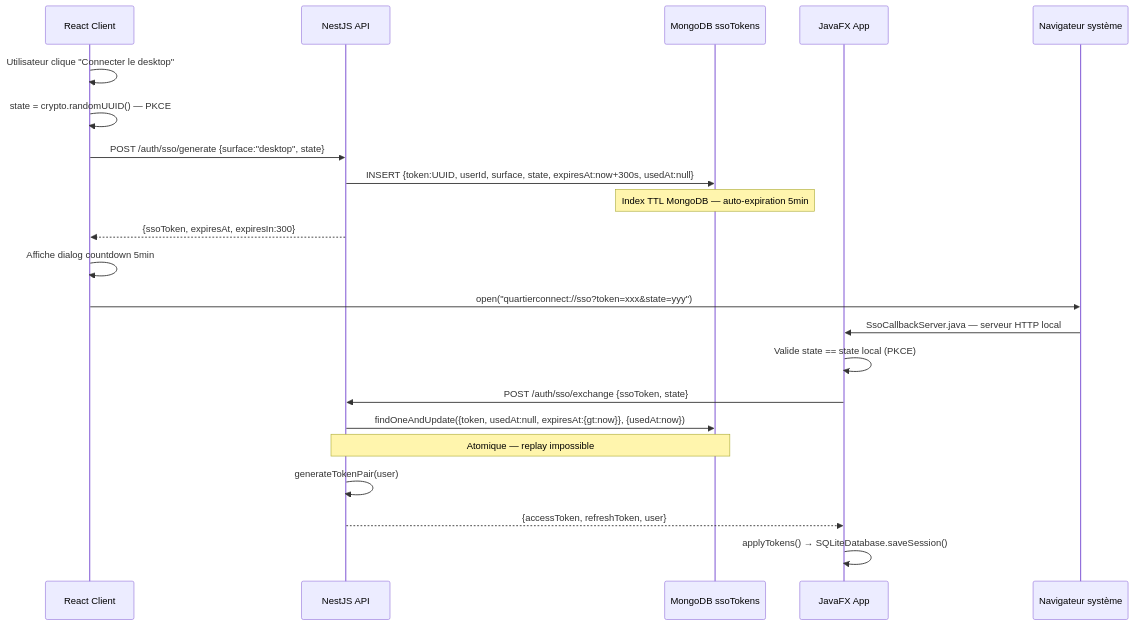
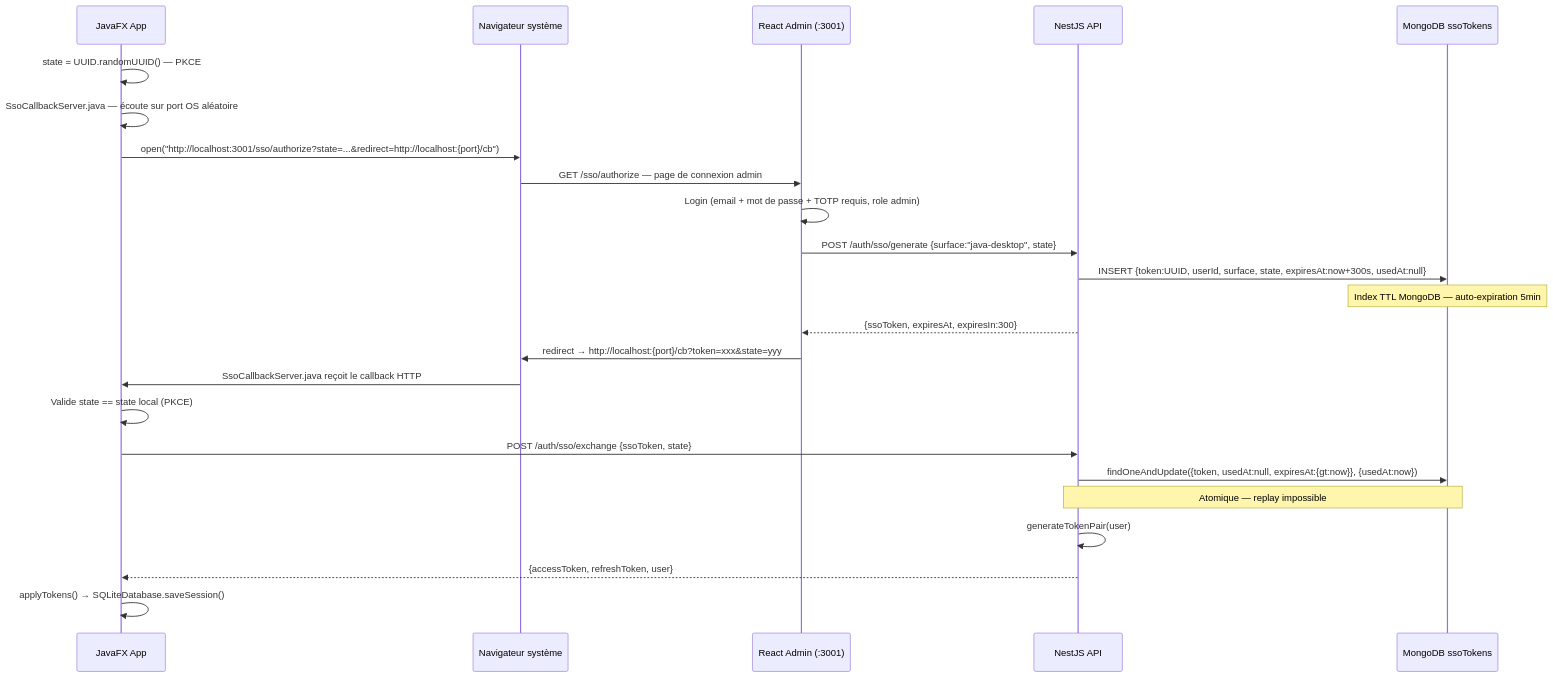
The fifth of 16 diagrams in docs/ARCHITECTURE.md (creibaud/QuartierConnect), drawn with Mermaid before and after one commit. The commit also changed other lines of this file and 3 other files, not shown here.

Commit message:
refactor(docs): update architecture and soutenance guides for improved clarity and structure

````diff
--- a/docs/ARCHITECTURE.md
+++ b/docs/ARCHITECTURE.md
@@ -201,26 +211,27 @@
 ```mermaid
 sequenceDiagram
-    participant Web as React Client
+    participant Java as JavaFX App
+    participant Browser as Navigateur système
+    participant Admin as React Admin (:3001)
     participant API as NestJS API
     participant Mongo as MongoDB ssoTokens
-    participant Java as JavaFX App
-    participant Browser as Navigateur système
 
-    Web->>Web: Utilisateur clique "Connecter le desktop"
-    Web->>Web: state = crypto.randomUUID() — PKCE
-    Web->>API: POST /auth/sso/generate {surface:"desktop", state}
+    Java->>Java: state = UUID.randomUUID() — PKCE
+    Java->>Java: SsoCallbackServer.java — écoute sur port OS aléatoire
+    Java->>Browser: open("http://localhost:3001/sso/authorize?state=...&redirect=http://localhost:{port}/cb")
+    Browser->>Admin: GET /sso/authorize — page de connexion admin
+    Admin->>Admin: Login (email + mot de passe + TOTP requis, role admin)
+    Admin->>API: POST /auth/sso/generate {surface:"java-desktop", state}
     API->>Mongo: INSERT {token:UUID, userId, surface, state, expiresAt:now+300s, usedAt:null}
     Note over Mongo: Index TTL MongoDB — auto-expiration 5min
-    API-->>Web: {ssoToken, expiresAt, expiresIn:300}
-    Web->>Web: Affiche dialog countdown 5min
-
-    Web->>Browser: open("quartierconnect://sso?token=xxx&state=yyy")
-    Browser->>Java: SsoCallbackServer.java — serveur HTTP local
+    API-->>Admin: {ssoToken, expiresAt, expiresIn:300}
+    Admin->>Browser: redirect → http://localhost:{port}/cb?token=xxx&state=yyy
+    Browser->>Java: SsoCallbackServer.java reçoit le callback HTTP
     Java->>Java: Valide state == state local (PKCE)
     Java->>API: POST /auth/sso/exchange {ssoToken, state}
     API->>Mongo: findOneAndUpdate({token, usedAt:null, expiresAt:{gt:now}}, {usedAt:now})
     Note over API,Mongo: Atomique — replay impossible
     API->>API: generateTokenPair(user)
     API-->>Java: {accessToken, refreshToken, user}
     Java->>Java: applyTokens() → SQLiteDatabase.saveSession()
 ```
````
